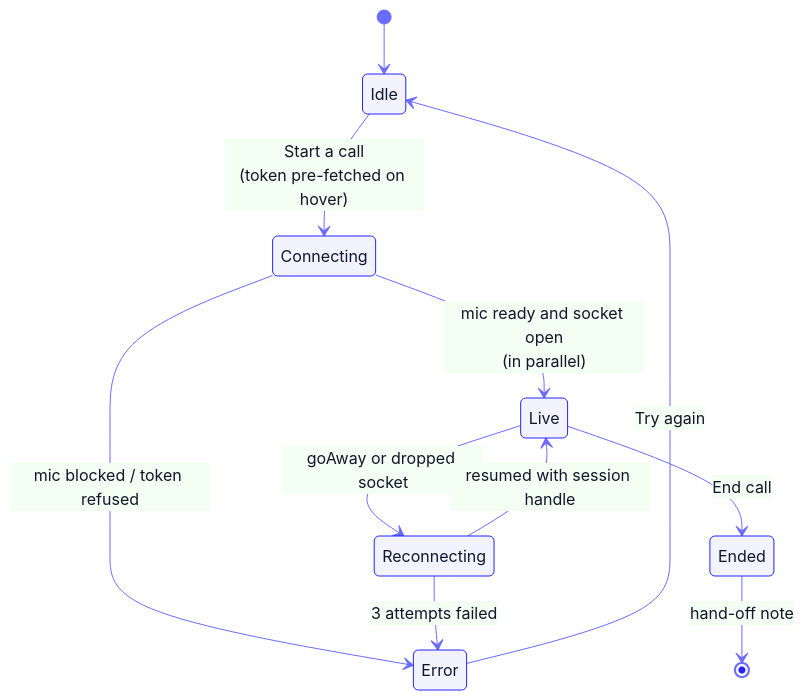
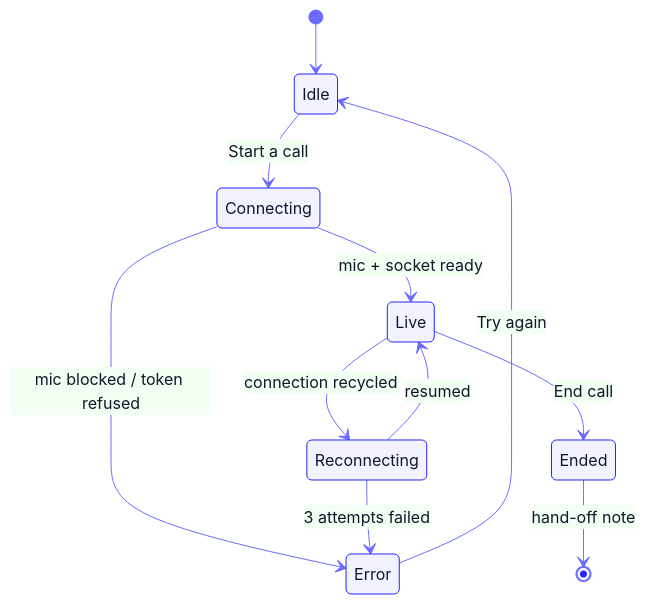
One commit to sehscape/NetworkScienceTask changed the fourth of 5 diagrams in README.md. Above: the diagram before and after it, drawn with Mermaid. The commit also changed other lines of this file, not shown here.

Commit message:
Let GitHub pick the diagram font so labels aren't clipped

````diff
--- a/README.md
+++ b/README.md
@@ -216,14 +216,14 @@
 ```mermaid
-%%{init: {'theme':'base','themeVariables':{'primaryColor':'#F3F3FF','primaryBorderColor':'#2424FF','primaryTextColor':'#0F172A','lineColor':'#6B6BFF','fontFamily':'DM Sans, sans-serif'}}}%%
+%%{init: {'theme':'base','themeVariables':{'primaryColor':'#F3F3FF','primaryBorderColor':'#2424FF','primaryTextColor':'#0F172A','lineColor':'#6B6BFF'}}}%%
 stateDiagram-v2
     [*] --> Idle
-    Idle --> Connecting: Start a call<br/>(token pre-fetched on hover)
-    Connecting --> Live: mic ready and socket open<br/>(in parallel)
+    Idle --> Connecting: Start a call
+    Connecting --> Live: mic + socket ready
     Connecting --> Error: mic blocked / token refused
-    Live --> Reconnecting: goAway or dropped socket
-    Reconnecting --> Live: resumed with session handle
+    Live --> Reconnecting: connection recycled
+    Reconnecting --> Live: resumed
     Reconnecting --> Error: 3 attempts failed
     Live --> Ended: End call
     Ended --> [*]: hand-off note
     Error --> Idle: Try again
 ```
````
